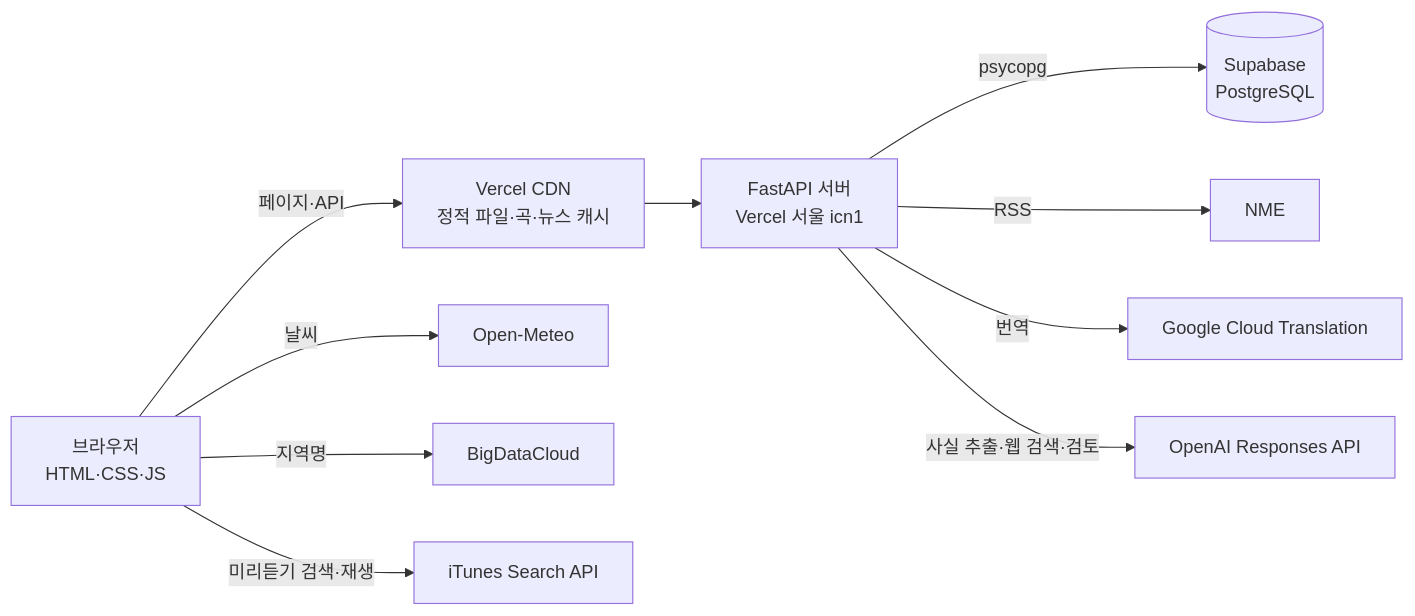
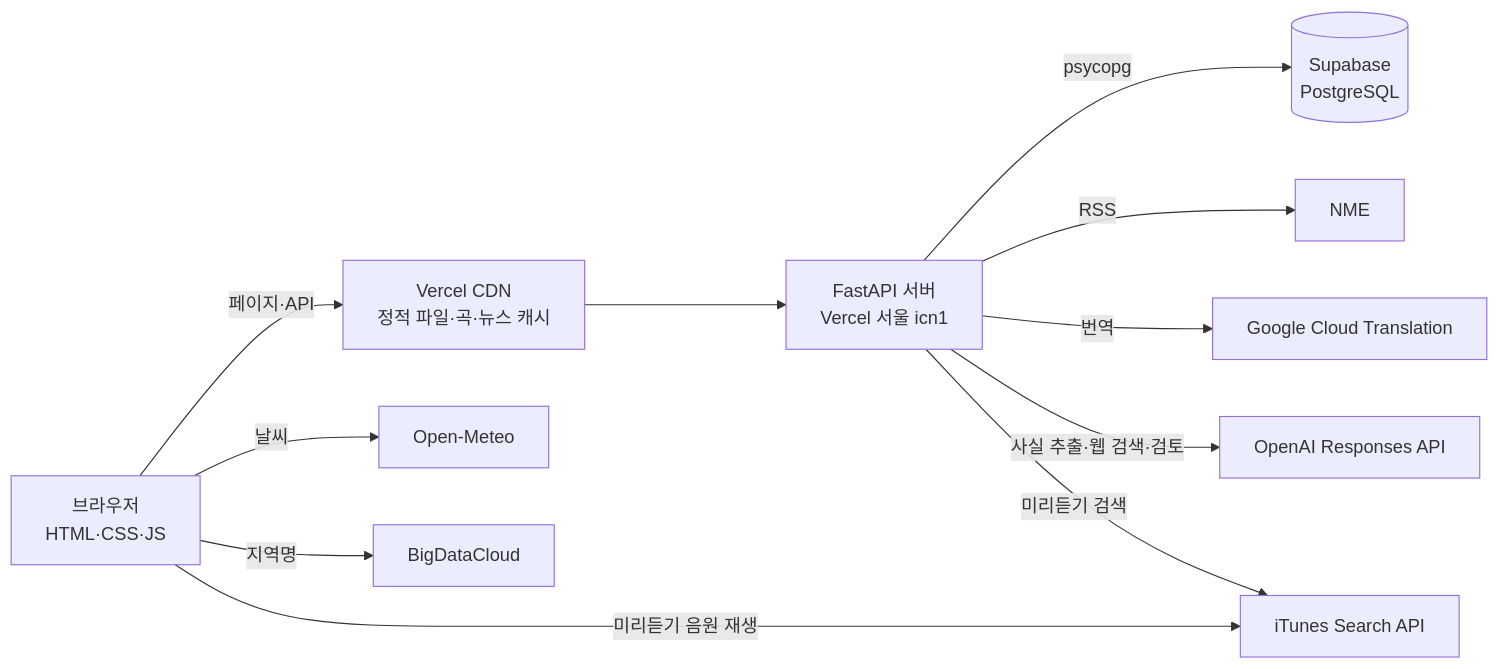
The first of 2 diagrams in README.md (schwatara-eng/todays-rock_app), drawn with Mermaid before and after one commit. The commit also changed other lines of this file and 3 other files, not shown here.

````diff
--- a/README.md
+++ b/README.md
@@ -166,12 +166,13 @@
 ```mermaid
 flowchart LR
   B[브라우저<br>HTML·CSS·JS] -->|페이지·API| V[Vercel CDN<br>정적 파일·곡·뉴스 캐시]
   V --> F[FastAPI 서버<br>Vercel 서울 icn1]
   F -->|psycopg| D[(Supabase<br>PostgreSQL)]
   F -->|RSS| N[NME]
   F -->|번역| G[Google Cloud Translation]
   F -->|사실 추출·웹 검색·검토| O[OpenAI Responses API]
   B -->|날씨| M[Open-Meteo]
   B -->|지역명| C[BigDataCloud]
-  B -->|미리듣기 검색·재생| I[iTunes Search API]
+  F -->|미리듣기 검색| I[iTunes Search API]
+  B -->|미리듣기 음원 재생| I
 ```
````
